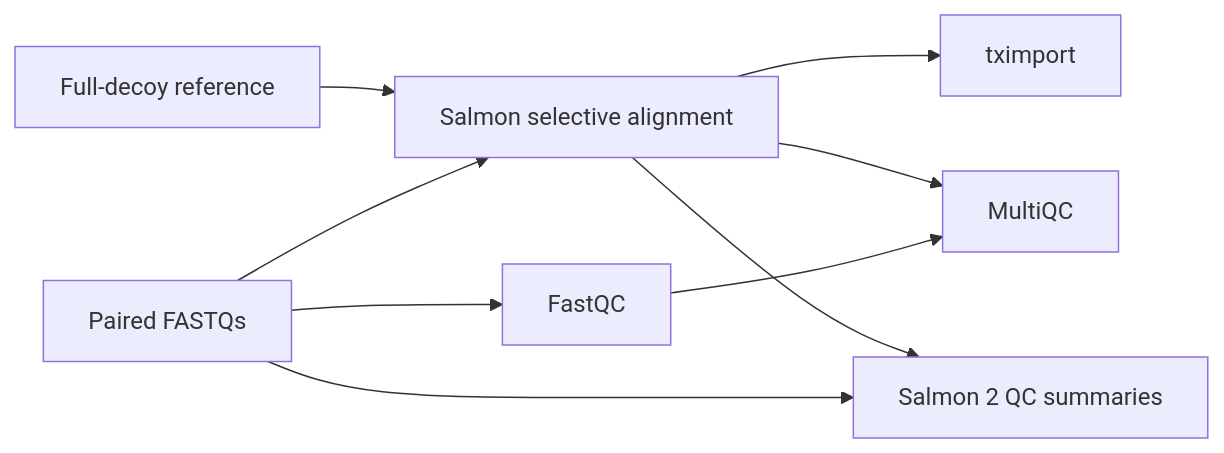
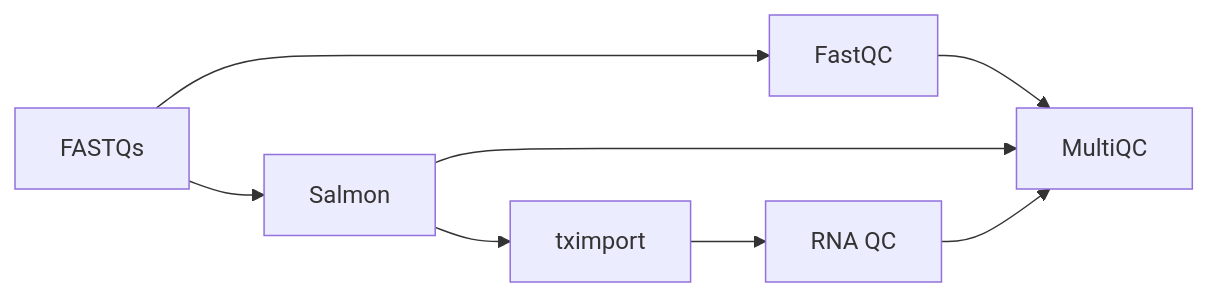
One commit to Thokas99/simple-nextflow-salmon changed the diagram in README.md. Above: the diagram before and after it, drawn with Mermaid. The commit also changed other lines of this file and 31 other files, not shown here.

Commit message:
feat: overhaul QC, MultiQC and input workflow

````diff
--- a/README.md
+++ b/README.md
@@ -14,11 +9,10 @@
 ```mermaid
 flowchart LR
-  A[Paired FASTQs] --> B[FastQC]
-  A --> C[Salmon selective alignment]
-  R[Full-decoy reference] --> C
+  A[FASTQs] --> B[FastQC]
+  A --> C[Salmon]
   C --> D[tximport]
-  A --> E[Input fragment counts]
-  C --> E[Salmon 2 QC summaries]
-  B --> F[MultiQC]
-  C --> F
+  B --> E[MultiQC]
+  C --> E
+  D --> F[RNA QC]
+  F --> E
 ```
````
